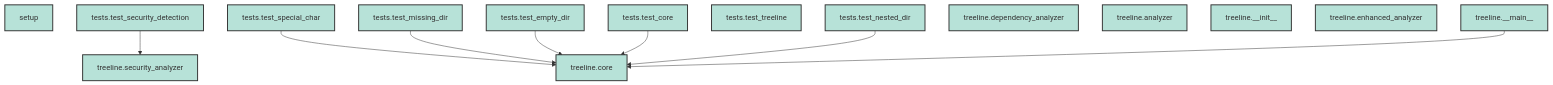
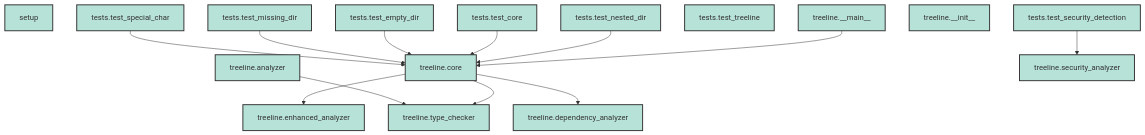
One commit to duriantaco/treeline changed the first of 9 diagrams in docs/tree.md. Above: the diagram before and after it, drawn with Mermaid. The commit also changed other lines of this file and 5 other files, not shown here.

Commit message:
add type checker

````diff
--- a/docs/tree.md
+++ b/docs/tree.md
@@ -10,30 +10,35 @@
 ```mermaid
 graph TD
 
     %% Styling
     classDef modNode fill:#b7e2d8,stroke:#333,stroke-width:2px
 
     setup["setup"]:::modNode
     tests_test_security_detection["tests.test_security_detection"]:::modNode
     tests_test_special_char["tests.test_special_char"]:::modNode
     tests_test_missing_dir["tests.test_missing_dir"]:::modNode
     tests_test_empty_dir["tests.test_empty_dir"]:::modNode
     tests_test_core["tests.test_core"]:::modNode
     tests_test_treeline["tests.test_treeline"]:::modNode
     tests_test_nested_dir["tests.test_nested_dir"]:::modNode
+    treeline_type_checker["treeline.type_checker"]:::modNode
     treeline_dependency_analyzer["treeline.dependency_analyzer"]:::modNode
     treeline_analyzer["treeline.analyzer"]:::modNode
     treeline___init__["treeline.__init__"]:::modNode
     treeline_enhanced_analyzer["treeline.enhanced_analyzer"]:::modNode
     treeline_core["treeline.core"]:::modNode
     treeline_security_analyzer["treeline.security_analyzer"]:::modNode
     treeline___main__["treeline.__main__"]:::modNode
 
     tests_test_security_detection --> treeline_security_analyzer
     tests_test_special_char --> treeline_core
     tests_test_missing_dir --> treeline_core
     tests_test_empty_dir --> treeline_core
     tests_test_core --> treeline_core
     tests_test_nested_dir --> treeline_core
+    treeline_analyzer --> treeline_type_checker
+    treeline_core --> treeline_enhanced_analyzer
+    treeline_core --> treeline_type_checker
+    treeline_core --> treeline_dependency_analyzer
     treeline___main__ --> treeline_core
 ```
````
